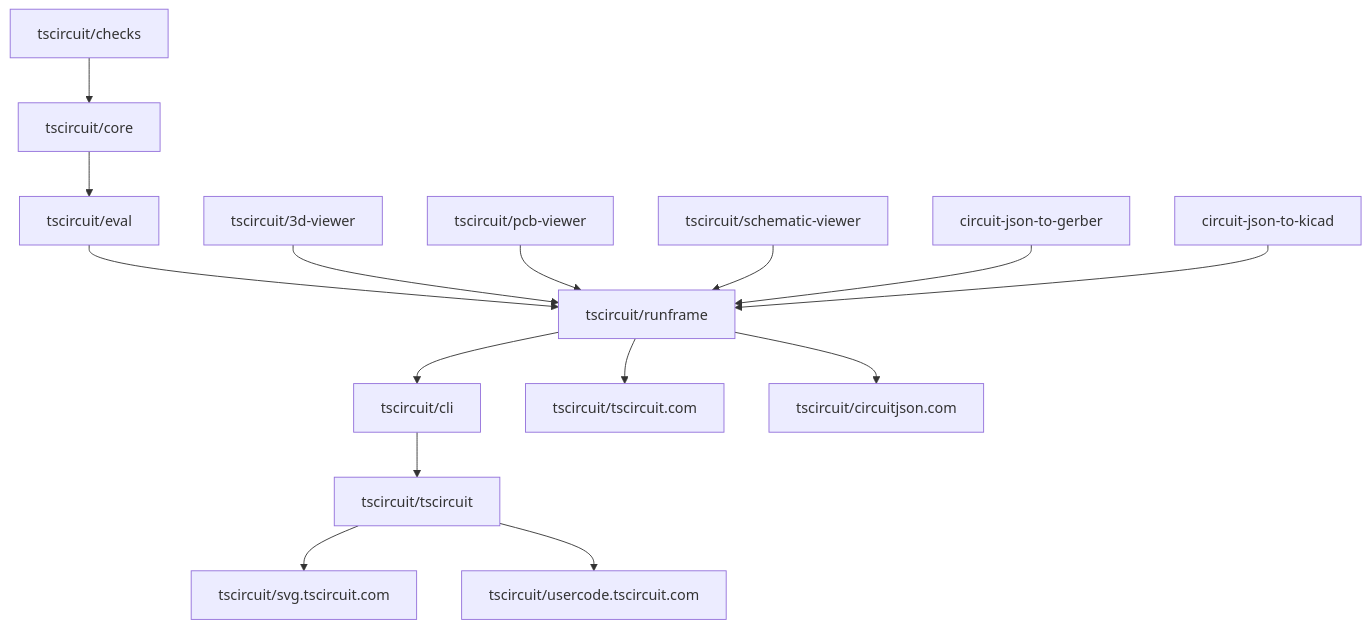
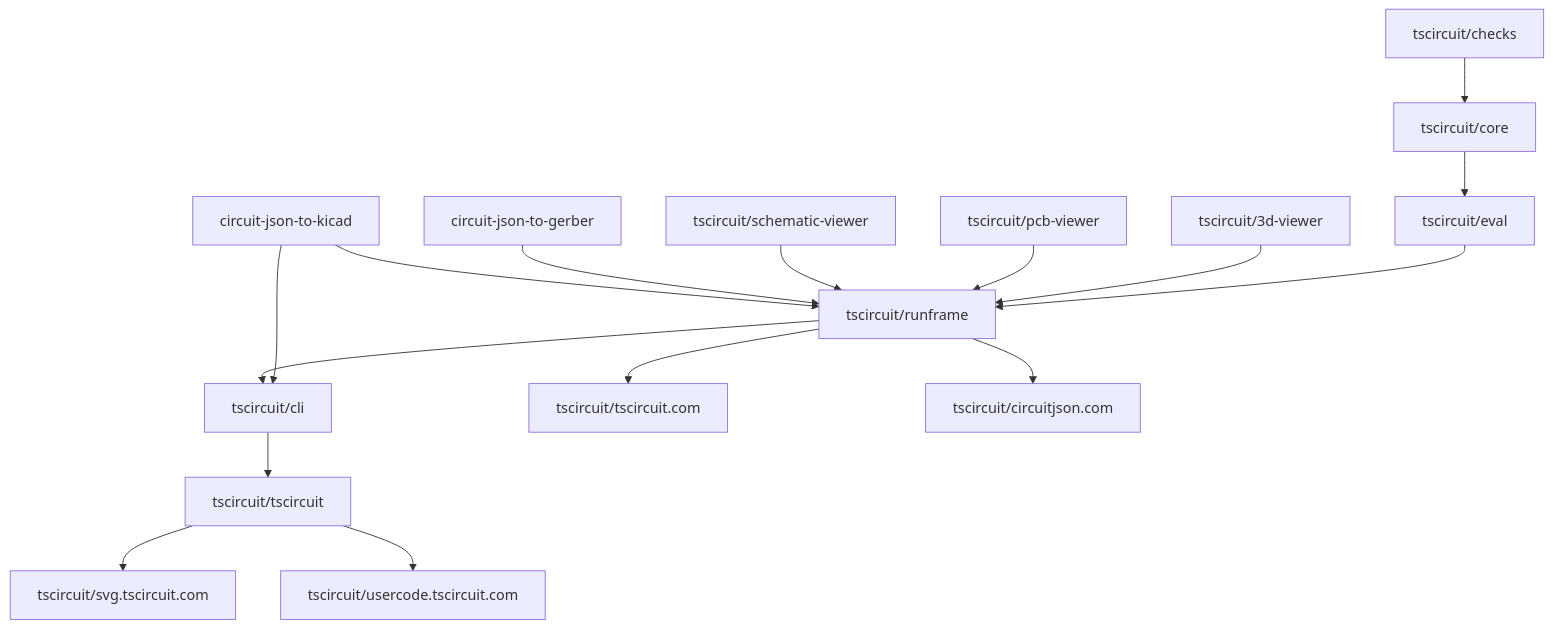
One commit to tscircuit/docs changed the diagram in docs/contributing/package-dependencies-and-auto-updates.mdx. Above: the diagram before and after it, drawn with Mermaid.

Commit message:
docs: add direct KiCad converter-to-CLI dependency edge

````diff
--- a/docs/contributing/package-dependencies-and-auto-updates.mdx
+++ b/docs/contributing/package-dependencies-and-auto-updates.mdx
@@ -14,43 +14,46 @@
 ```mermaid
 flowchart TD
 
     %% Checks to Core
     checks[tscircuit/checks] --> core[tscircuit/core]
 
     %% Core to Eval
     core[tscircuit/core] --> eval[tscircuit/eval]
 
     %% Eval to Runframe
     eval --> runframe[tscircuit/runframe]
 
     %% 3D Viewer to Runframe
     viewer3d[tscircuit/3d-viewer] --> runframe
 
     %% PCB Viewer to Runframe
     pcbviewer[tscircuit/pcb-viewer] --> runframe
 
     %% Schematic Viewer to Runframe
     schemaviewer[tscircuit/schematic-viewer] --> runframe
 
     %% Circuit JSON to Gerber to Runframe
     circuitjsontogerber[circuit-json-to-gerber] --> runframe
 
     %% Circuit JSON to KiCad to Runframe
     circuitjsontokicad[circuit-json-to-kicad] --> runframe
 
+    %% Circuit JSON to KiCad directly to CLI
+    circuitjsontokicad --> cli
+
     %% Runframe to CLI
     runframe --> cli[tscircuit/cli]
 
     %% Runframe to tscircuit.com
     runframe --> tscircuitcom[tscircuit/tscircuit.com]
 
     %% Runframe to circuitjson.com
     runframe --> circuitjsoncom[tscircuit/circuitjson.com]
     
     %% CLI to Tscircuit
     cli --> tscircuit[tscircuit/tscircuit]
 
     %% Tscircuit to web services
     tscircuit --> svg[tscircuit/svg.tscircuit.com]
     tscircuit --> usercode[tscircuit/usercode.tscircuit.com]
 ```
````
